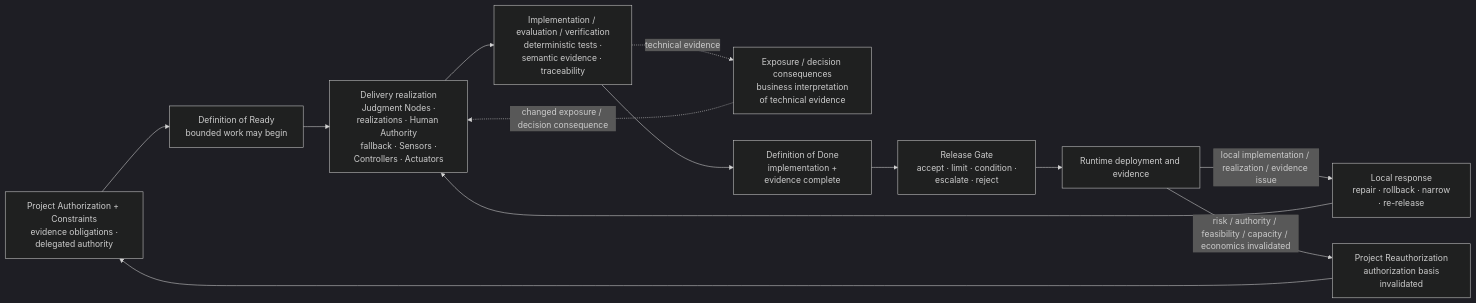
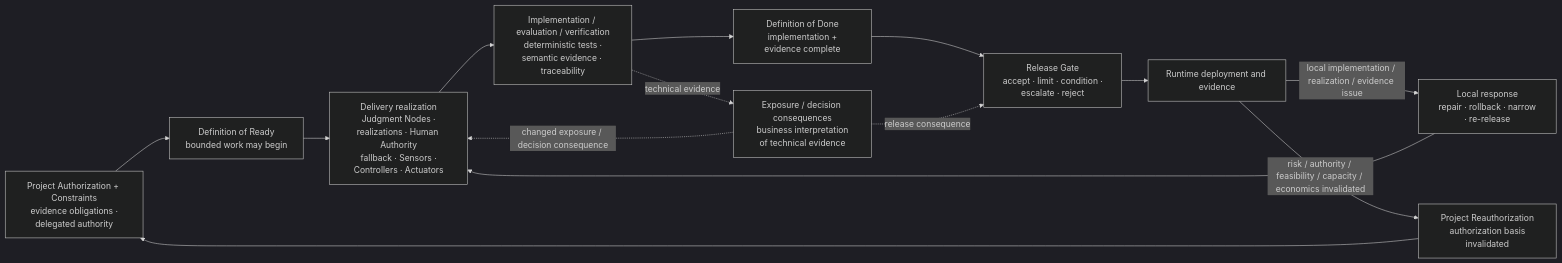
Diagram 12 of 15 in content/research/notes/open-engineering-specification-article-draft.md (UncertaintyArchitectureGroup/uncertainty-architecture), drawn with Mermaid (dark theme) before and after one commit.

Commit message:
docs(research): connect exposure to release decision

````diff
--- a/content/research/notes/open-engineering-specification-article-draft.md
+++ b/content/research/notes/open-engineering-specification-article-draft.md
@@ -663,19 +663,20 @@
 ```mermaid
 flowchart LR
     P["Project Authorization + Constraints<br/> evidence obligations · delegated authority"]
     R["Definition of Ready<br/> bounded work may begin"]
     ENG["Delivery realization<br/> Judgment Nodes · realizations · Human Authority<br/> fallback · Sensors · Controllers · Actuators"]
     VER["Implementation / evaluation / verification<br/> deterministic tests · semantic evidence · traceability"]
     BIZ["Exposure / decision consequences<br/> business interpretation of technical evidence"]
     D["Definition of Done<br/> implementation + evidence complete"]
     G["Release Gate<br/> accept · limit · condition · escalate · reject"]
     RUN["Runtime deployment and evidence"]
     LOCAL["Local response<br/> repair · rollback · narrow · re-release"]
     REAUTH["Project Reauthorization<br/> authorization basis invalidated"]
 
     P --> R --> ENG --> VER --> D --> G --> RUN
     VER -.->|technical evidence| BIZ
     BIZ -.->|changed exposure / decision consequence| ENG
+    BIZ -.->|release consequence| G
     RUN -->|local implementation / realization / evidence issue| LOCAL --> ENG
     RUN -->|risk / authority / feasibility / capacity / economics invalidated| REAUTH --> P
 ```
````
